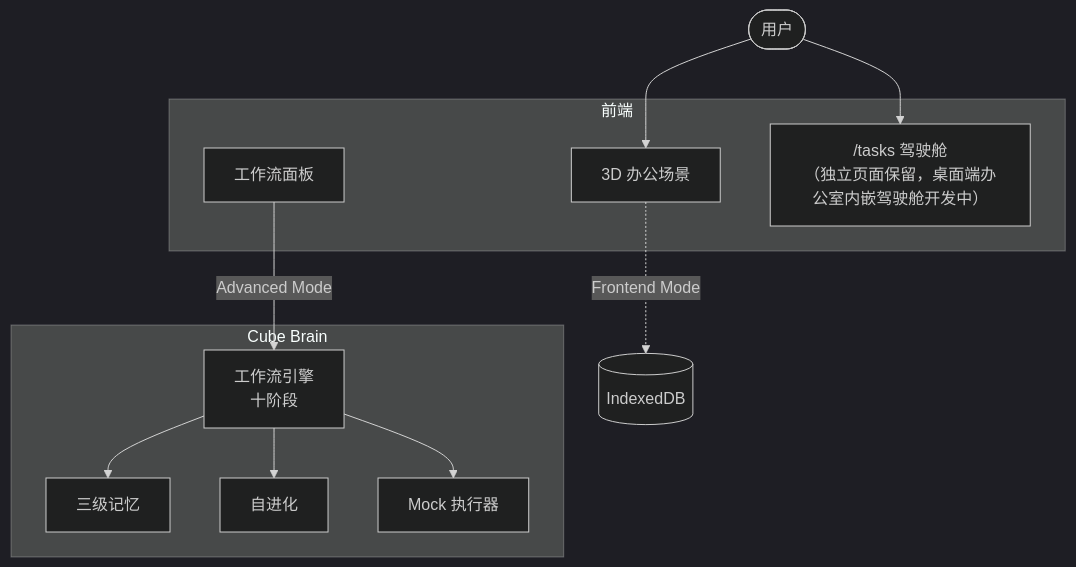
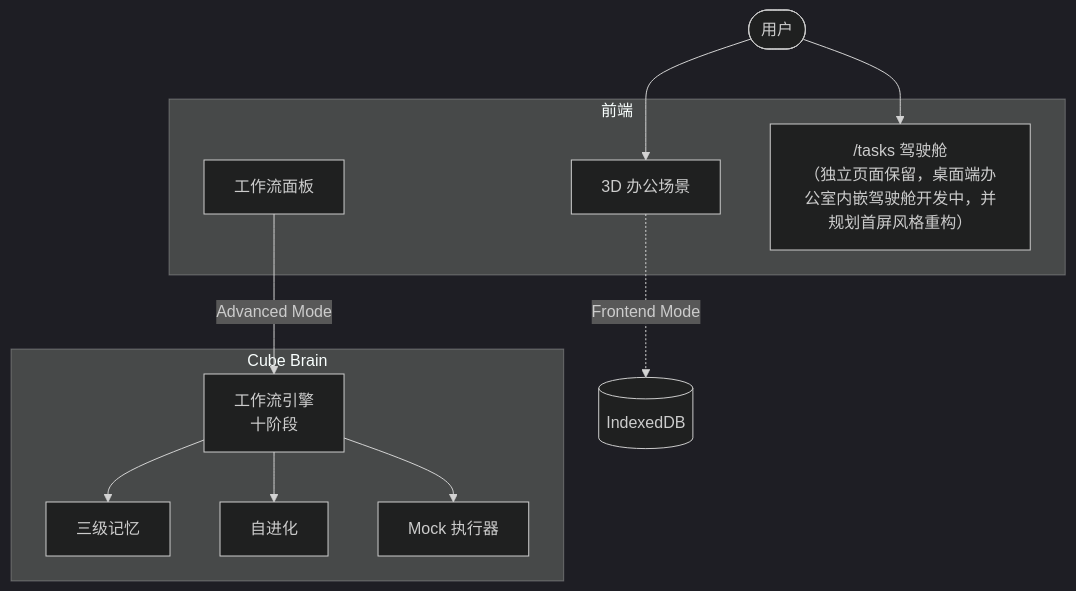
One commit to xiaojilele-glitch/cube-pets-office changed the second of 6 diagrams in .kiro/steering/spec-execution-roadmap.md. Above: the diagram before and after it, drawn with Mermaid (dark theme). The commit also changed other lines of this file and 4 other files, not shown here.

````diff
--- a/.kiro/steering/spec-execution-roadmap.md
+++ b/.kiro/steering/spec-execution-roadmap.md
@@ -332,22 +339,22 @@
 ```mermaid
 flowchart TB
   User([用户])
 
   subgraph Client["前端"]
     Scene3D["3D 办公场景"]
     WFPanel["工作流面板"]
-    Tasks["/tasks 驾驶舱<br/>（独立页面保留，桌面端办公室内嵌驾驶舱开发中）"]
+    Tasks["/tasks 驾驶舱<br/>（独立页面保留，桌面端办公室内嵌驾驶舱开发中，并规划首屏风格重构）"]
   end
 
   subgraph Brain["Cube Brain"]
     Engine["工作流引擎<br/>十阶段"]
     Memory["三级记忆"]
     Evo["自进化"]
     Mock["Mock 执行器"]
   end
 
   User --> Scene3D & Tasks
   Scene3D -.->|Frontend Mode| IDB[(IndexedDB)]
   WFPanel -->|Advanced Mode| Engine
   Engine --> Memory & Evo & Mock
 ```
````
